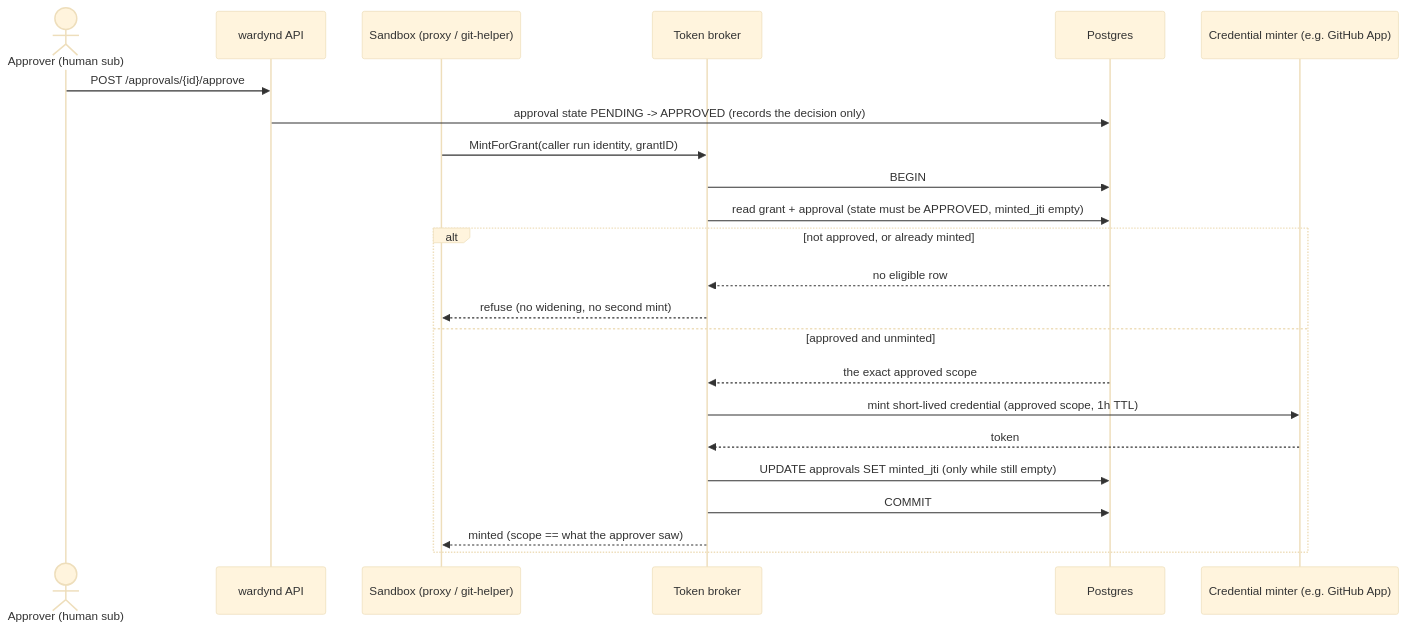
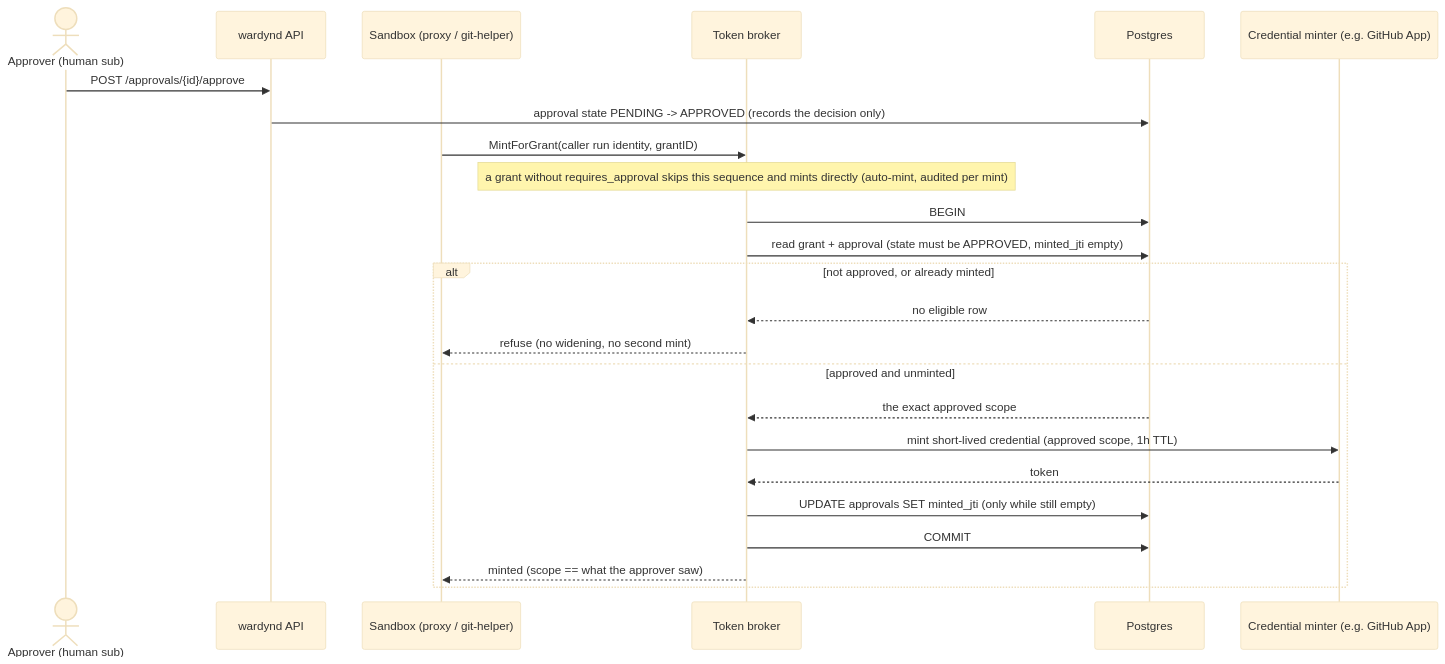
Before and after one commit to cjohnstoniv/wardyn: the third of 3 diagrams in ARCHITECTURE.md, drawn with Mermaid (base theme). The commit also changed other lines of this file and 7 other files, not shown here.

````diff
--- a/ARCHITECTURE.md
+++ b/ARCHITECTURE.md
@@ -463,25 +472,26 @@
 ```mermaid
 sequenceDiagram
   actor Op as Approver (human sub)
   participant API as wardynd API
   participant Sbx as Sandbox (proxy / git-helper)
   participant Br as Token broker
   participant DB as Postgres
   participant M as Credential minter (e.g. GitHub App)
   Op->>API: POST /approvals/{id}/approve
   API->>DB: approval state PENDING -> APPROVED (records the decision only)
   Sbx->>Br: MintForGrant(caller run identity, grantID)
+  Note over Br: a grant without requires_approval skips this sequence and mints directly (auto-mint, audited per mint)
   Br->>DB: BEGIN
   Br->>DB: read grant + approval (state must be APPROVED, minted_jti empty)
   alt not approved, or already minted
     DB-->>Br: no eligible row
     Br-->>Sbx: refuse (no widening, no second mint)
   else approved and unminted
     DB-->>Br: the exact approved scope
     Br->>M: mint short-lived credential (approved scope, 1h TTL)
     M-->>Br: token
     Br->>DB: UPDATE approvals SET minted_jti (only while still empty)
     Br->>DB: COMMIT
     Br-->>Sbx: minted (scope == what the approver saw)
   end
 ```
````
